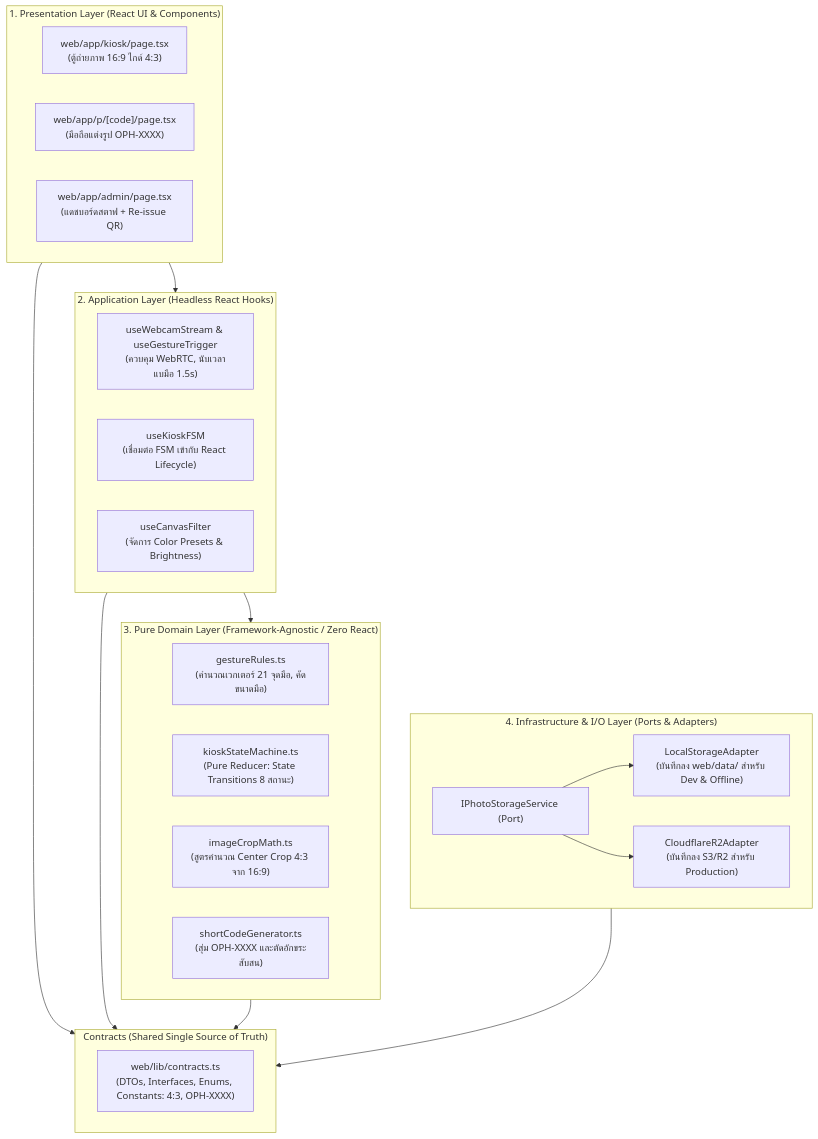
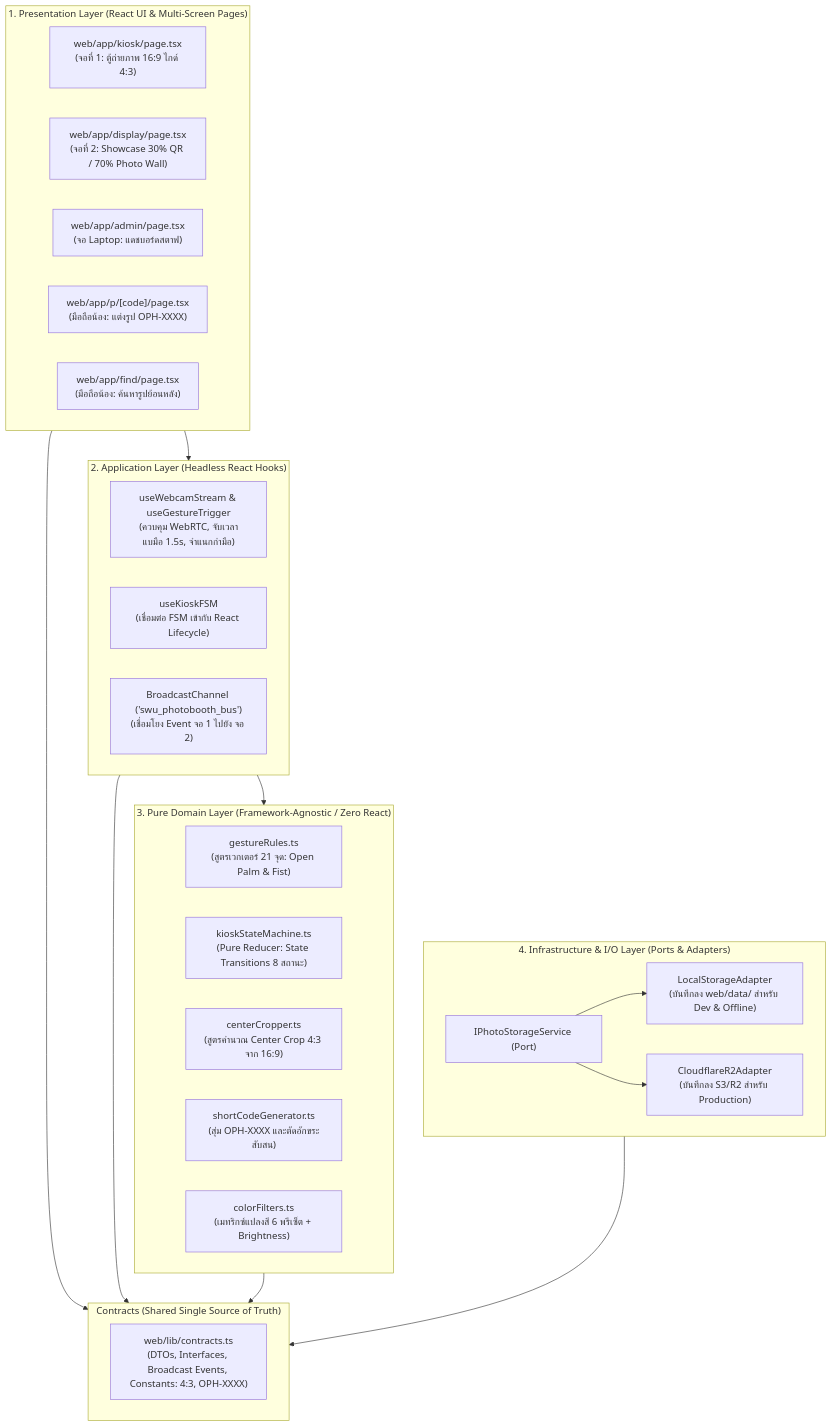
One commit to icelandz9/swu-openhouse changed the second of 2 diagrams in docs/task02-architecture/project-structure-and-clean-architecture-guide.md. Above: the diagram before and after it, drawn with Mermaid. The commit also changed other lines of this file and 13 other files, not shown here.

Commit message:
feat(arch): update docs and web scaffold for 3-screen topology (1 laptop + 2 external displays)

````diff
--- a/docs/task02-architecture/project-structure-and-clean-architecture-guide.md
+++ b/docs/task02-architecture/project-structure-and-clean-architecture-guide.md
@@ -72,40 +74,43 @@
 ```mermaid
 flowchart TD
-    subgraph Layer1["1. Presentation Layer (React UI & Components)"]
-        UI_Kiosk["web/app/kiosk/page.tsx<br>(ตู้ถ่ายภาพ 16:9 ไกด์ 4:3)"]
-        UI_Mobile["web/app/p/[code]/page.tsx<br>(มือถือแต่งรูป OPH-XXXX)"]
-        UI_Admin["web/app/admin/page.tsx<br>(แดชบอร์ดสตาฟ + Re-issue QR)"]
+    subgraph Layer1["1. Presentation Layer (React UI & Multi-Screen Pages)"]
+        UI_Kiosk["web/app/kiosk/page.tsx<br>(จอที่ 1: ตู้ถ่ายภาพ 16:9 ไกด์ 4:3)"]
+        UI_Display["web/app/display/page.tsx<br>(จอที่ 2: Showcase 30% QR / 70% Photo Wall)"]
+        UI_Admin["web/app/admin/page.tsx<br>(จอ Laptop: แดชบอร์ดสตาฟ)"]
+        UI_Mobile["web/app/p/[code]/page.tsx<br>(มือถือน้อง: แต่งรูป OPH-XXXX)"]
+        UI_Find["web/app/find/page.tsx<br>(มือถือน้อง: ค้นหารูปย้อนหลัง)"]
     end
 
     subgraph Layer2["2. Application Layer (Headless React Hooks)"]
-        Hook_Vision["useWebcamStream & useGestureTrigger<br>(ควบคุม WebRTC, นับเวลาแบมือ 1.5s)"]
+        Hook_Vision["useWebcamStream & useGestureTrigger<br>(ควบคุม WebRTC, จับเวลาแบมือ 1.5s, จำแนกกำมือ)"]
         Hook_FSM["useKioskFSM<br>(เชื่อมต่อ FSM เข้ากับ React Lifecycle)"]
-        Hook_Canvas["useCanvasFilter<br>(จัดการ Color Presets & Brightness)"]
+        Hook_Sync["BroadcastChannel ('swu_photobooth_bus')<br>(เชื่อมโยง Event จอ 1 ไปยัง จอ 2)"]
     end
 
     subgraph Layer3["3. Pure Domain Layer (Framework-Agnostic / Zero React)"]
-        Domain_Heuristics["gestureRules.ts<br>(คำนวณเวกเตอร์ 21 จุดมือ, คัดขนาดมือ)"]
+        Domain_Heuristics["gestureRules.ts<br>(สูตรเวกเตอร์ 21 จุด: Open Palm & Fist)"]
         Domain_FSM["kioskStateMachine.ts<br>(Pure Reducer: State Transitions 8 สถานะ)"]
-        Domain_Crop["imageCropMath.ts<br>(สูตรคำนวณ Center Crop 4:3 จาก 16:9)"]
+        Domain_Crop["centerCropper.ts<br>(สูตรคำนวณ Center Crop 4:3 จาก 16:9)"]
         Domain_ShortCode["shortCodeGenerator.ts<br>(สุ่ม OPH-XXXX และตัดอักขระสับสน)"]
+        Domain_Filter["colorFilters.ts<br>(เมทริกซ์แปลงสี 6 พรีเซ็ต + Brightness)"]
     end
 
     subgraph Layer4["4. Infrastructure & I/O Layer (Ports & Adapters)"]
         Port_Storage["IPhotoStorageService (Port)"]
         Adapter_Local["LocalStorageAdapter<br>(บันทึกลง web/data/ สำหรับ Dev & Offline)"]
         Adapter_R2["CloudflareR2Adapter<br>(บันทึกลง S3/R2 สำหรับ Production)"]
         Port_Storage --> Adapter_Local
         Port_Storage --> Adapter_R2
     end
 
     subgraph SharedContract["Contracts (Shared Single Source of Truth)"]
-        Contracts["web/lib/contracts.ts<br>(DTOs, Interfaces, Enums, Constants: 4:3, OPH-XXXX)"]
+        Contracts["web/lib/contracts.ts<br>(DTOs, Interfaces, Broadcast Events, Constants: 4:3, OPH-XXXX)"]
     end
 
     Layer1 --> Layer2
     Layer2 --> Layer3
     Layer1 --> SharedContract
     Layer2 --> SharedContract
     Layer3 --> SharedContract
     Layer4 --> SharedContract
 ```
````
